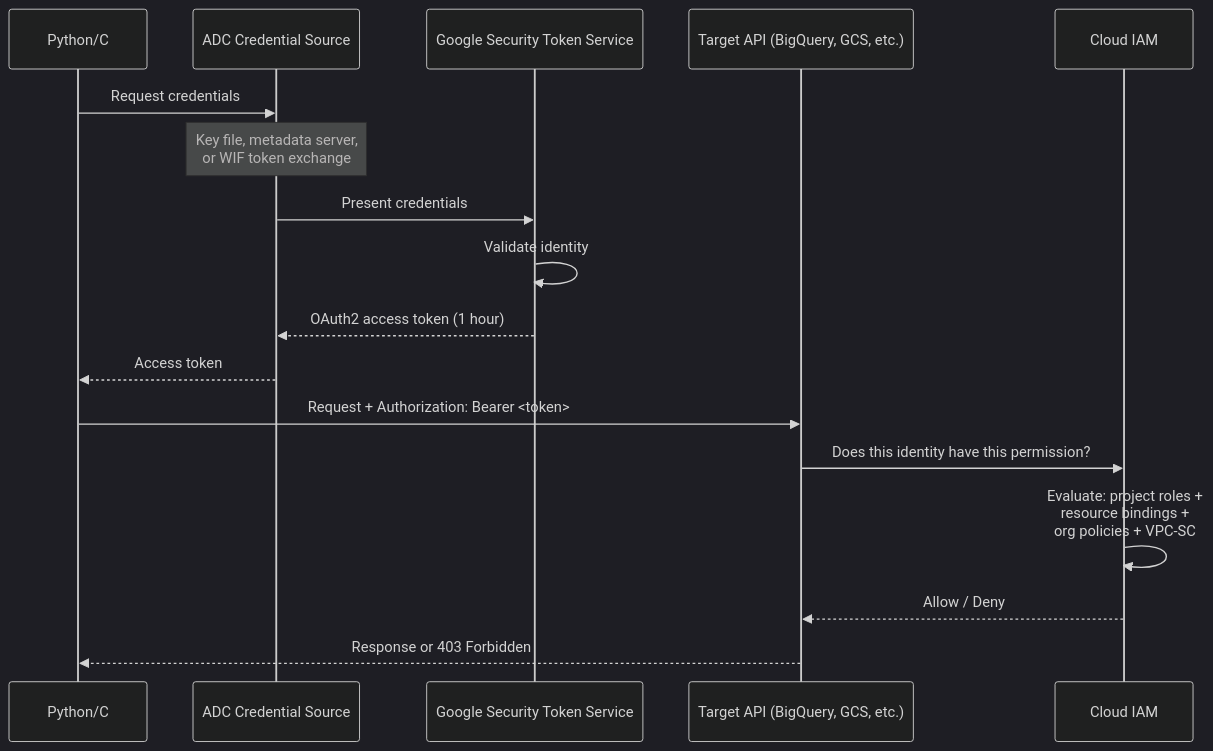
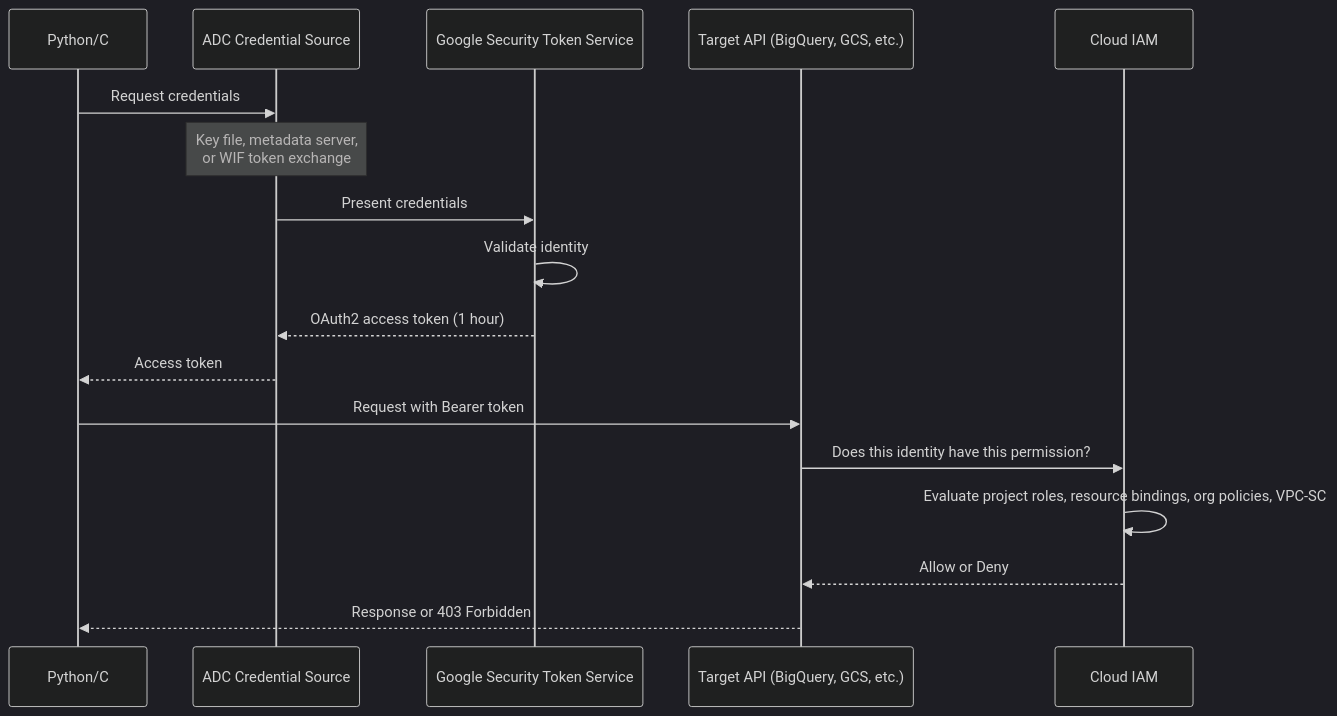
Before and after one commit to alp78/elysium: the first of 2 diagrams in content/06-GCP/Security/gcp-identity-and-connection-patterns.md, drawn with Mermaid (dark theme). The commit also changed other lines of this file, not shown here.

````diff
--- a/content/06-GCP/Security/gcp-identity-and-connection-patterns.md
+++ b/content/06-GCP/Security/gcp-identity-and-connection-patterns.md
@@ -70,20 +70,20 @@
 ```mermaid
 sequenceDiagram
     participant App as Python/C# Code
     participant ADC as ADC Credential Source
     participant STS as Google Security Token Service
     participant API as Target API (BigQuery, GCS, etc.)
     participant IAM as Cloud IAM
 
     App->>ADC: Request credentials
     Note over ADC: Key file, metadata server,<br/>or WIF token exchange
     ADC->>STS: Present credentials
     STS->>STS: Validate identity
     STS-->>ADC: OAuth2 access token (1 hour)
     ADC-->>App: Access token
-    App->>API: Request + Authorization: Bearer <token>
+    App->>API: Request with Bearer token
     API->>IAM: Does this identity have this permission?
-    IAM->>IAM: Evaluate: project roles +<br/>resource bindings +<br/>org policies + VPC-SC
-    IAM-->>API: Allow / Deny
+    IAM->>IAM: Evaluate project roles, resource bindings, org policies, VPC-SC
+    IAM-->>API: Allow or Deny
     API-->>App: Response or 403 Forbidden
 ```
````
